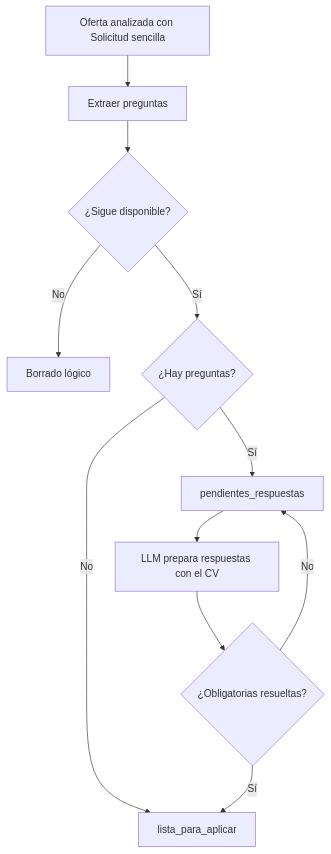
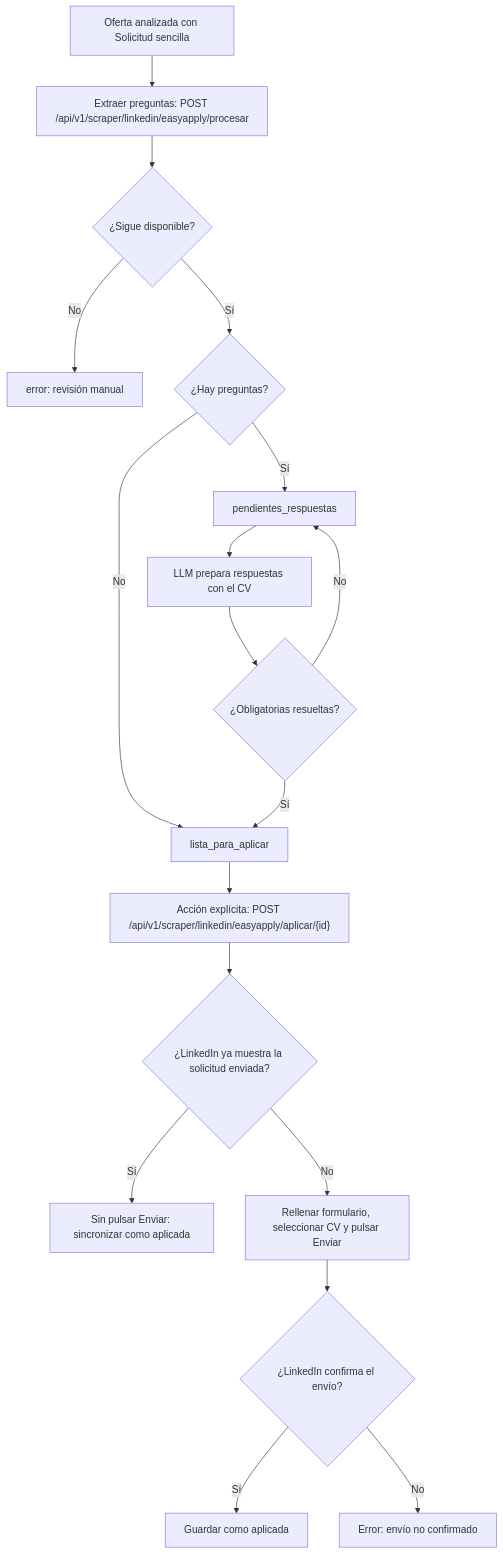
Before and after one commit to SoyManoolo/JobAgent: the fourth of 4 diagrams in ARCHITECTURE.md, drawn with Mermaid. The commit also changed other lines of this file and 2 other files, not shown here.

Commit message:
nexo-task/813eb1ff2274: Nexo-23 · Corregir la descripción del envío Easy Apply en la arquitectura (#2)

````diff
--- a/ARCHITECTURE.md
+++ b/ARCHITECTURE.md
@@ -104,13 +104,20 @@
 ```mermaid
 flowchart TD
-    A[Oferta analizada con Solicitud sencilla] --> B[Extraer preguntas]
+    A[Oferta analizada con Solicitud sencilla] --> B[Extraer preguntas: POST /api/v1/scraper/linkedin/easyapply/procesar]
     B --> C{¿Sigue disponible?}
-    C -- No --> D[Borrado lógico]
+    C -- No --> D[error: revisión manual]
     C -- Sí --> E{¿Hay preguntas?}
     E -- No --> F[lista_para_aplicar]
     E -- Sí --> G[pendientes_respuestas]
     G --> H[LLM prepara respuestas con el CV]
     H --> I{¿Obligatorias resueltas?}
     I -- Sí --> F
     I -- No --> G
+    F --> J["Acción explícita: POST /api/v1/scraper/linkedin/easyapply/aplicar/{id}"]
+    J --> K{¿LinkedIn ya muestra la solicitud enviada?}
+    K -- Sí --> L[Sin pulsar Enviar: sincronizar como aplicada]
+    K -- No --> M[Rellenar formulario, seleccionar CV y pulsar Enviar]
+    M --> N{¿LinkedIn confirma el envío?}
+    N -- Sí --> P[Guardar como aplicada]
+    N -- No --> O[Error: envío no confirmado]
 ```
````
